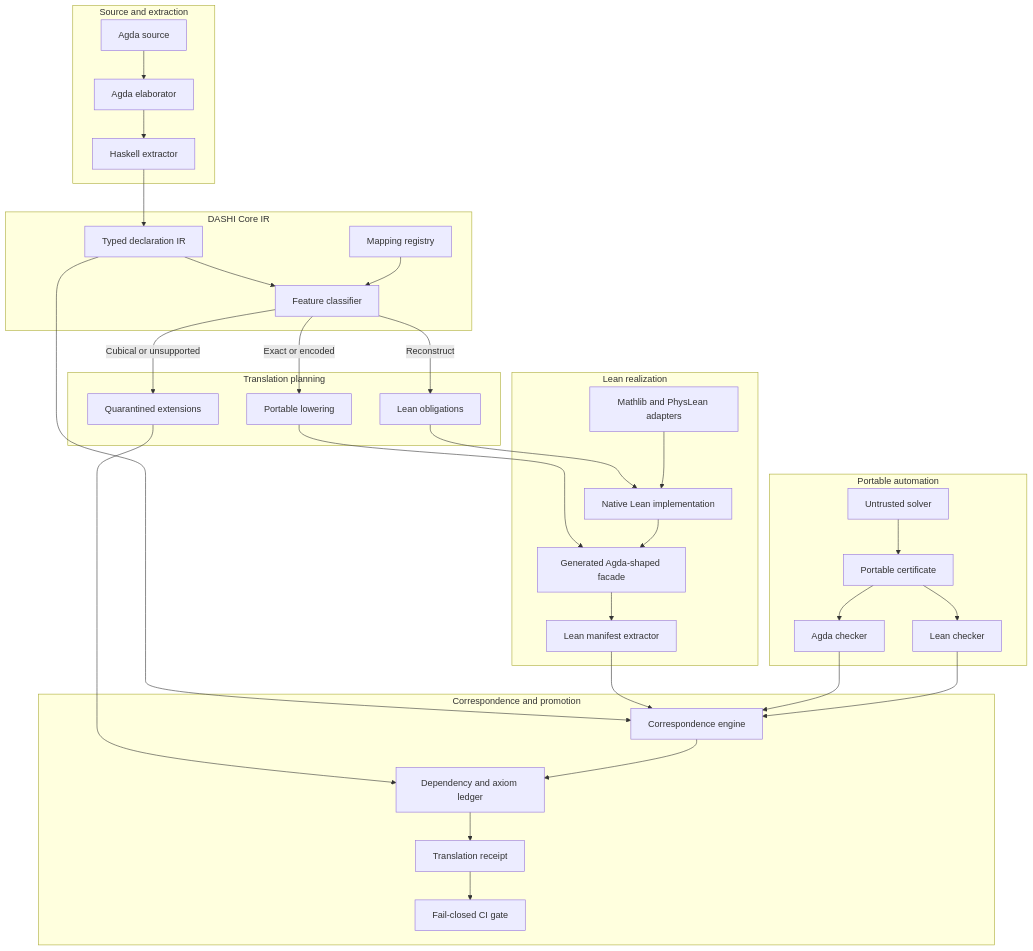
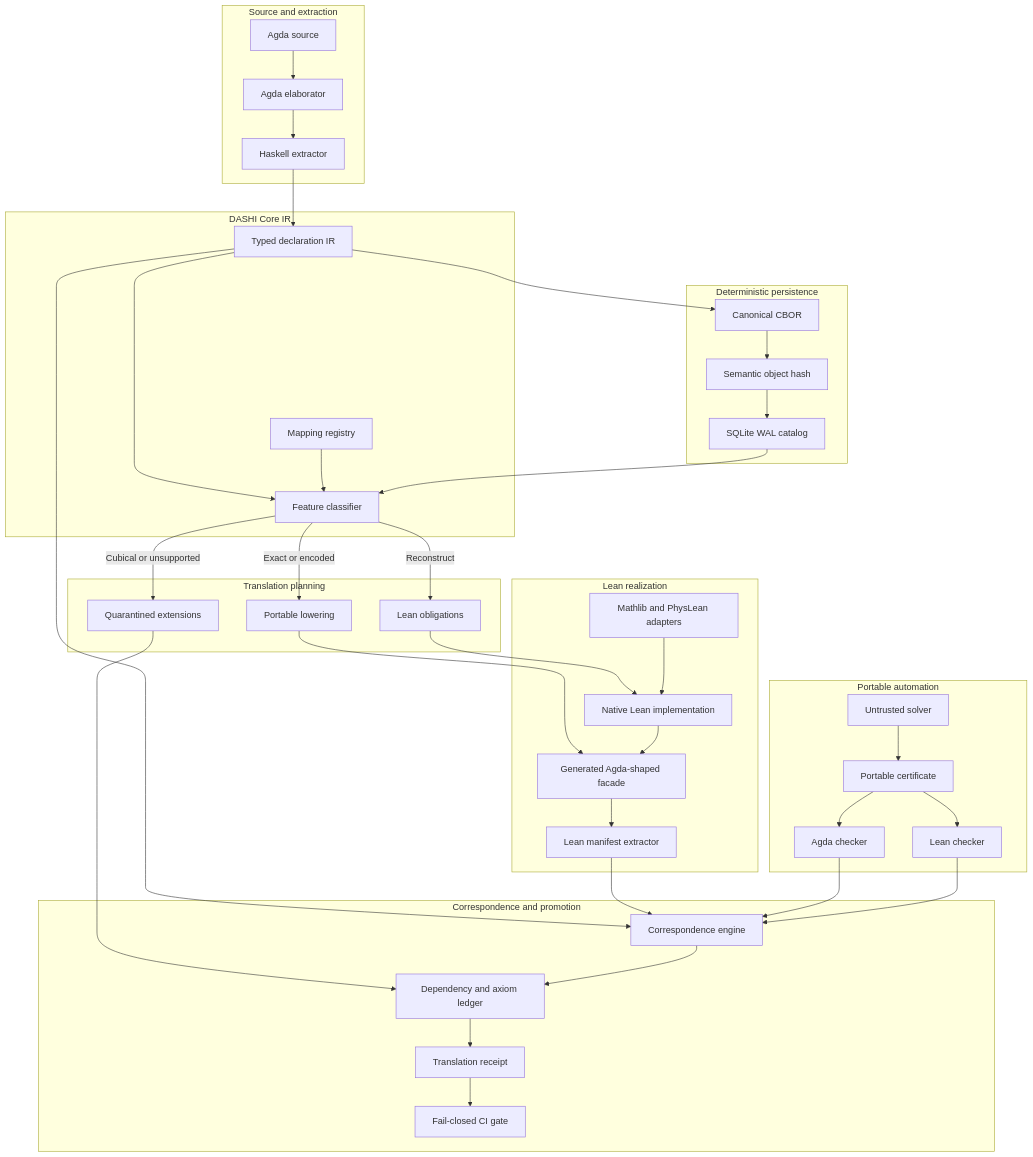
The diagram in architecture.mermaid (chboishabba/agda2lean), drawn with Mermaid before and after one commit. The commit also changed 19 other files, not shown here.

Commit message:
Implement typed IR and SQLite CBOR catalog

```diff
--- a/architecture.mermaid
+++ b/architecture.mermaid
@@ -1,60 +1,68 @@
 flowchart TD
     subgraph Source["Source and extraction"]
         AS["Agda source"]
         AE["Agda elaborator"]
         EX["Haskell extractor"]
         AS --> AE --> EX
     end
 
     subgraph Core["DASHI Core IR"]
         IR["Typed declaration IR"]
         MR["Mapping registry"]
         FP["Feature classifier"]
         EX --> IR
         IR --> FP
         MR --> FP
+    end
+
+    subgraph Persistence["Deterministic persistence"]
+        CB["Canonical CBOR"]
+        HS["Semantic object hash"]
+        DB["SQLite WAL catalog"]
+        IR --> CB --> HS --> DB
+        DB --> FP
     end
 
     subgraph Lowering["Translation planning"]
         EQ["Portable lowering"]
         OB["Lean obligations"]
         QX["Quarantined extensions"]
         FP -->|Exact or encoded| EQ
         FP -->|Reconstruct| OB
         FP -->|Cubical or unsupported| QX
     end
 
     subgraph LeanSide["Lean realization"]
         LF["Generated Agda-shaped facade"]
         LN["Native Lean implementation"]
         LA["Mathlib and PhysLean adapters"]
         LI["Lean manifest extractor"]
         EQ --> LF
         OB --> LN
         LA --> LN
         LN --> LF
         LF --> LI
     end
 
     subgraph Certificates["Portable automation"]
         CS["Untrusted solver"]
         CP["Portable certificate"]
         AC["Agda checker"]
         LC["Lean checker"]
         CS --> CP
         CP --> AC
         CP --> LC
     end
 
     subgraph Verification["Correspondence and promotion"]
         CE["Correspondence engine"]
         DL["Dependency and axiom ledger"]
         RC["Translation receipt"]
         CI["Fail-closed CI gate"]
         IR --> CE
         LI --> CE
         AC --> CE
         LC --> CE
         QX --> DL
         CE --> DL --> RC --> CI
     end
```
